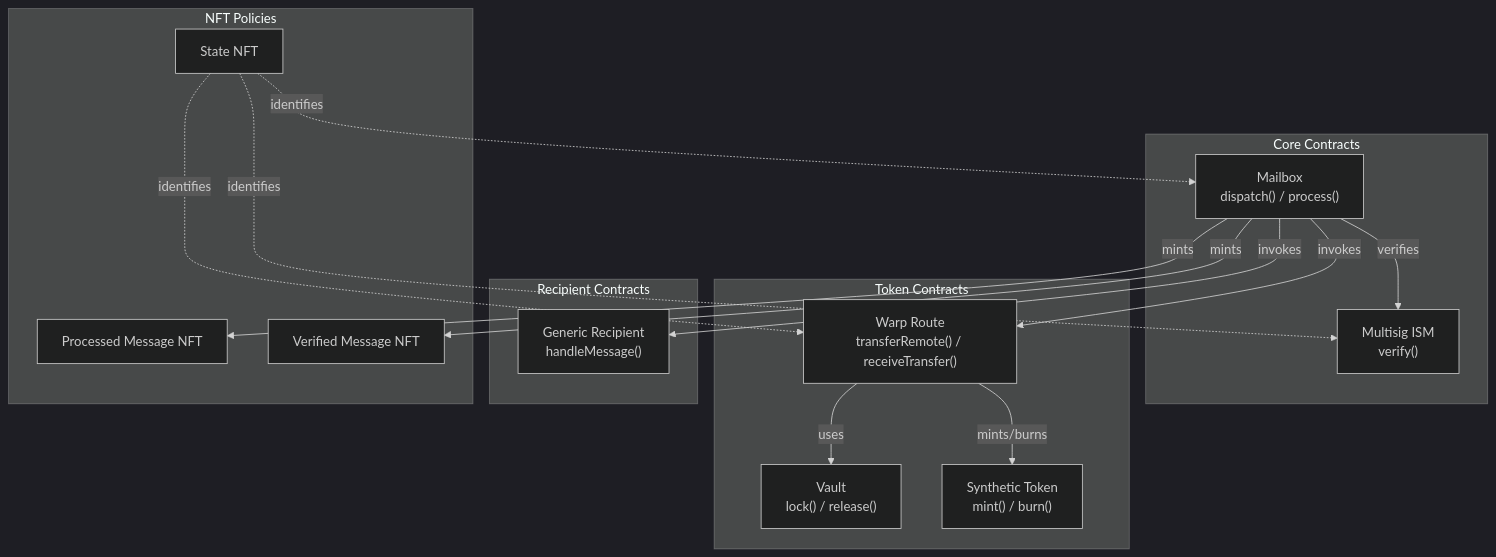
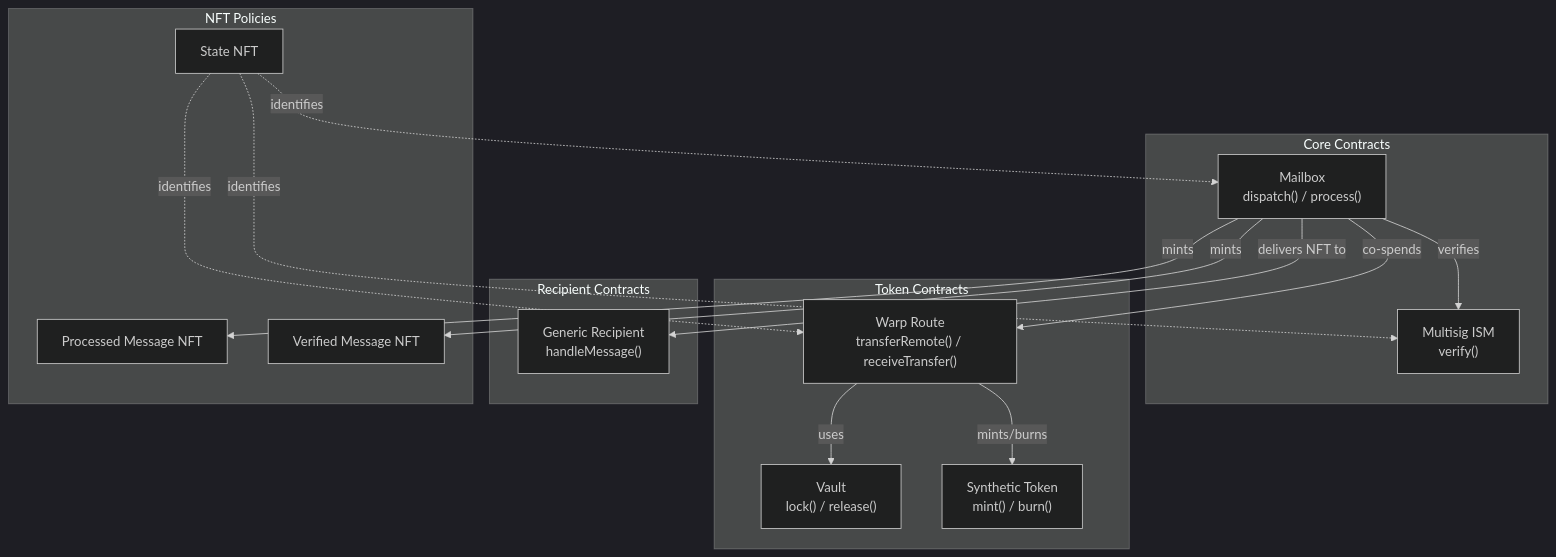
Diagram 13 of 15 in cardano/docs/DESIGN.md (eigerco/hyperlane-monorepo), drawn with Mermaid (dark theme) before and after one commit. The commit also changed other lines of this file and 6 other files, not shown here.

````diff
--- a/cardano/docs/DESIGN.md
+++ b/cardano/docs/DESIGN.md
@@ -613,37 +613,37 @@
 ```mermaid
 flowchart TB
     subgraph Core["Core Contracts"]
         MB["Mailbox<br/>dispatch() / process()"]
         ISM["Multisig ISM<br/>verify()"]
     end
 
     subgraph Tokens["Token Contracts"]
         WR["Warp Route<br/>transferRemote() / receiveTransfer()"]
         VAULT["Vault<br/>lock() / release()"]
         SYNTH["Synthetic Token<br/>mint() / burn()"]
     end
 
     subgraph Recipients["Recipient Contracts"]
         GEN["Generic Recipient<br/>handleMessage()"]
     end
 
     subgraph NFTs["NFT Policies"]
         STATE["State NFT"]
         PROC["Processed Message NFT"]
         VERIFIED["Verified Message NFT"]
     end
 
     MB -->|"verifies"| ISM
-    MB -->|"invokes"| GEN
-    MB -->|"invokes"| WR
+    MB -->|"delivers NFT to"| GEN
+    MB -->|"co-spends"| WR
 
     WR -->|"uses"| VAULT
     WR -->|"mints/burns"| SYNTH
 
     MB -->|"mints"| PROC
     MB -->|"mints"| VERIFIED
 
     STATE -.->|"identifies"| MB
     STATE -.->|"identifies"| ISM
     STATE -.->|"identifies"| WR
 ```
````
